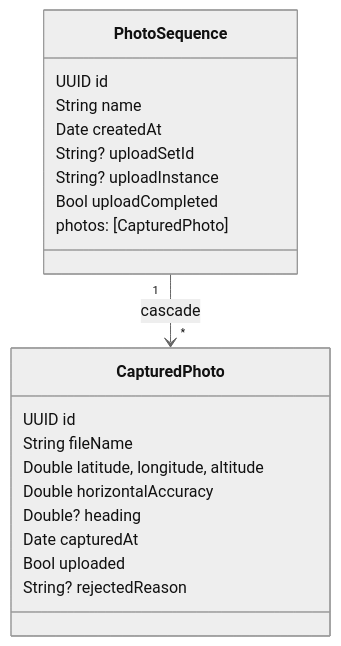
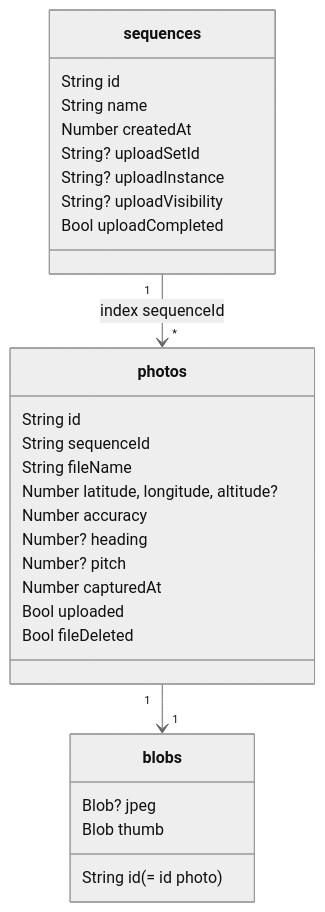
The second of 4 diagrams in docs/ARCHITECTURE.md (blamouche/arpent), drawn with Mermaid (neutral theme) before and after one commit. The commit also changed other lines of this file and 25 other files, not shown here.

````diff
--- a/docs/ARCHITECTURE.md
+++ b/docs/ARCHITECTURE.md
@@ -84,23 +71,31 @@
 ```mermaid
 classDiagram
-    class PhotoSequence {
-      UUID id
+    class sequences {
+      String id
       String name
-      Date createdAt
+      Number createdAt
       String? uploadSetId
       String? uploadInstance
+      String? uploadVisibility
       Bool uploadCompleted
-      photos: [CapturedPhoto]
     }
-    class CapturedPhoto {
-      UUID id
+    class photos {
+      String id
+      String sequenceId
       String fileName
-      Double latitude, longitude, altitude
-      Double horizontalAccuracy
-      Double? heading
-      Date capturedAt
+      Number latitude, longitude, altitude?
+      Number accuracy
+      Number? heading
+      Number? pitch
+      Number capturedAt
       Bool uploaded
-      String? rejectedReason
+      Bool fileDeleted
     }
-    PhotoSequence "1" --> "*" CapturedPhoto : cascade
+    class blobs {
+      String id (= id photo)
+      Blob? jpeg
+      Blob thumb
+    }
+    sequences "1" --> "*" photos : index sequenceId
+    photos "1" --> "1" blobs
 ```
````
